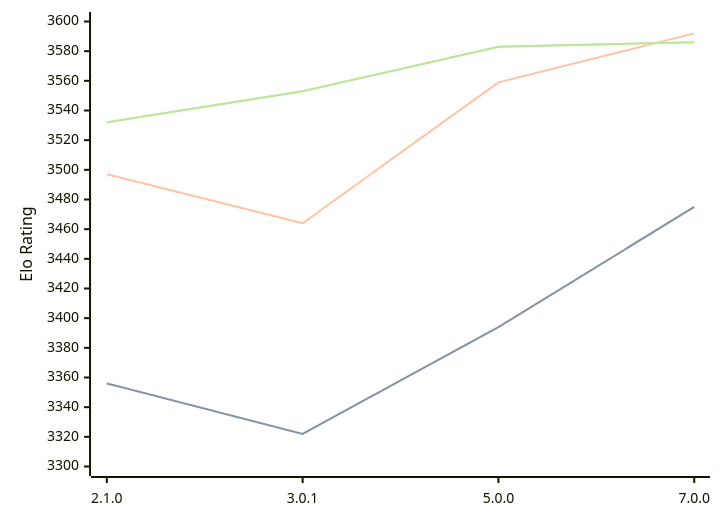
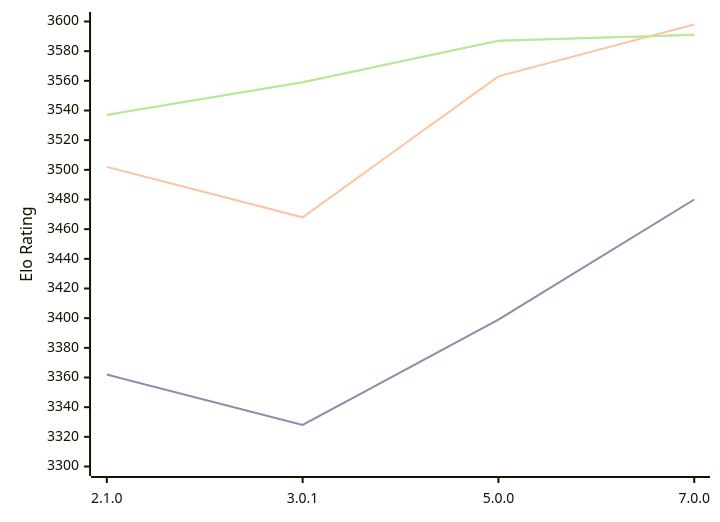
Before and after one commit to computer-chess-index/cci: the diagram in engines/PlentyChess.md, drawn with Mermaid. The commit also changed other lines of this file, not shown here.

Commit message:
Update CCI Ratings (ELO VLTC) - 2026-04-14

````diff
--- a/engines/PlentyChess.md
+++ b/engines/PlentyChess.md
@@ -45,11 +45,11 @@
 ```mermaid
 %%{init: {"theme":"base","themeVariables":{"seriesColors:['#a3a3a3','#222221','#faa371']}}}%%
 xychart-beta
   x-axis ["2.1.0", "3.0.1", "5.0.0", "7.0.0"]
   y-axis "Elo Rating" 3300 --> 3600
-  line "STC (8.0+0.08s)" [3356, 3322, 3394, 3475]
-  line "STC (8.0+0.08s)" [3356, 3322, 3394, 3475]
-  line "LTC (60.0+0.60s)" [3497, 3464, 3559, 3592]
-  line "VLTC (2m24s+1.12s)" [3532, 3553, 3583, 3586]
-  line "VLTC (2m24s+1.12s)" [3532, 3553, 3583, 3586]
+  line "STC (8.0+0.08s)" [3362, 3328, 3399, 3480]
+  line "STC (8.0+0.08s)" [3362, 3328, 3399, 3480]
+  line "LTC (60.0+0.60s)" [3502, 3468, 3563, 3598]
+  line "VLTC (2m24s+1.12s)" [3537, 3559, 3587, 3591]
+  line "VLTC (2m24s+1.12s)" [3537, 3559, 3587, 3591]
 ```
````
